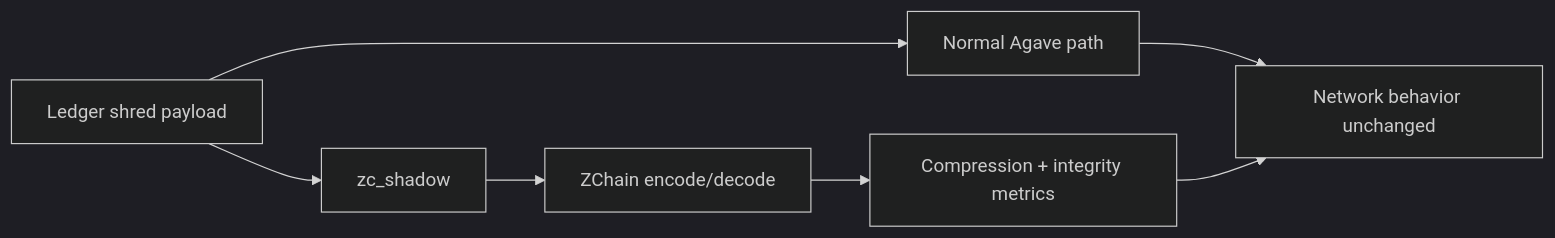
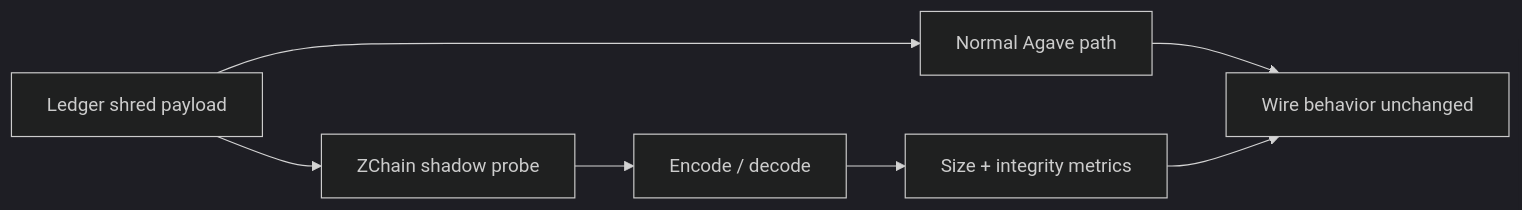
The second of 2 diagrams in docs/AGAVE_INTEGRATION.md (Zetako-Compression-Lab/blockchain), drawn with Mermaid (dark theme) before and after one commit. The commit also changed other lines of this file and 14 other files, not shown here.

````diff
--- a/docs/AGAVE_INTEGRATION.md
+++ b/docs/AGAVE_INTEGRATION.md
@@ -95,9 +61,9 @@
 ```mermaid
 flowchart LR
     A[Ledger shred payload] --> B[Normal Agave path]
-    A --> C[zc_shadow]
-    C --> D[ZChain encode/decode]
-    D --> E[Compression + integrity metrics]
-    B --> F[Network behavior unchanged]
+    A --> C[ZChain shadow probe]
+    C --> D[Encode / decode]
+    D --> E[Size + integrity metrics]
+    B --> F[Wire behavior unchanged]
     E --> F
 ```
````
